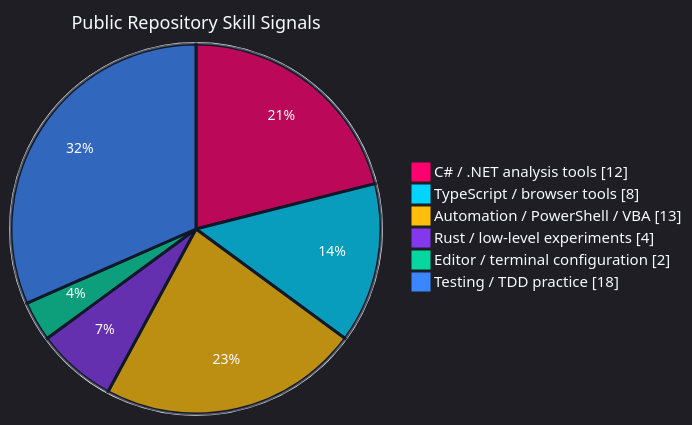
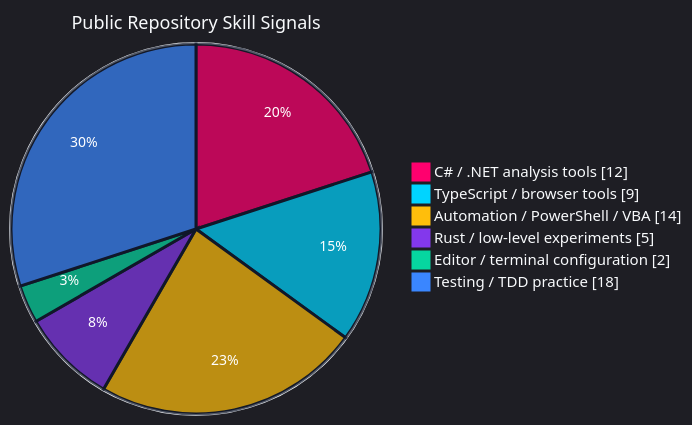
The first of 4 diagrams in README.md (SSsan-00/SSsan-00), drawn with Mermaid before and after one commit. The commit also changed other lines of this file and 2 other files, not shown here.

````diff
--- a/README.md
+++ b/README.md
@@ -44,11 +44,11 @@
 ```mermaid
 %%{init: {"theme":"dark","themeVariables":{"background":"#0f172a","mainBkg":"#0f172a","textColor":"#f8fafc","primaryTextColor":"#f8fafc","pieStrokeColor":"#0f172a","pieStrokeWidth":"3px","pieOuterStrokeColor":"#f8fafc","pieOuterStrokeWidth":"2px","pieTitleTextColor":"#f8fafc","pieTitleTextSize":"18px","pieLegendTextColor":"#f8fafc","pieLegendTextSize":"15px","pieSectionTextColor":"#ffffff","pieSectionTextSize":"14px","pie1":"#ff006e","pie2":"#00d4ff","pie3":"#ffbe0b","pie4":"#8338ec","pie5":"#06d6a0","pie6":"#3a86ff"}}}%%
 pie showData
   title Public Repository Skill Signals
   "C# / .NET analysis tools" : 12
-  "TypeScript / browser tools" : 8
-  "Automation / PowerShell / VBA" : 13
-  "Rust / low-level experiments" : 4
+  "TypeScript / browser tools" : 9
+  "Automation / PowerShell / VBA" : 14
+  "Rust / low-level experiments" : 5
   "Editor / terminal configuration" : 2
   "Testing / TDD practice" : 18
 ```
````
